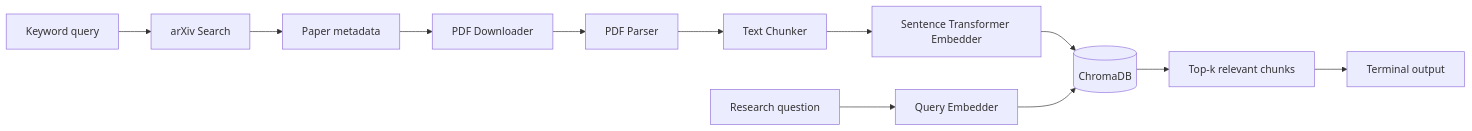
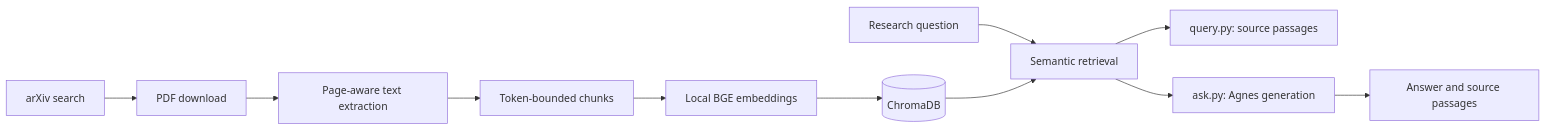
One commit to hnt119/lit-rev-engine changed the diagram in README.md. Above: the diagram before and after it, drawn with Mermaid. The commit also changed other lines of this file and 39 other files, not shown here.

````diff
--- a/README.md
+++ b/README.md
@@ -21,15 +9,13 @@
 ```mermaid
 flowchart LR
-    U1[Keyword query] --> A[arXiv Search]
-    A --> M[Paper metadata]
-    M --> D[PDF Downloader]
-    D --> P[PDF Parser]
-    P --> C[Text Chunker]
-    C --> E[Sentence Transformer Embedder]
-    E --> V[(ChromaDB)]
-
-    U2[Research question] --> QE[Query Embedder]
-    QE --> V
-    V --> R[Top-k relevant chunks]
-    R --> O[Terminal output]
+    Search[arXiv search] --> Download[PDF download]
+    Download --> Parse[Page-aware text extraction]
+    Parse --> Chunk[Token-bounded chunks]
+    Chunk --> Embed[Local BGE embeddings]
+    Embed --> Store[(ChromaDB)]
+    Question[Research question] --> Retrieve[Semantic retrieval]
+    Store --> Retrieve
+    Retrieve --> Passages[query.py: source passages]
+    Retrieve --> Agnes[ask.py: Agnes generation]
+    Agnes --> Answer[Answer and source passages]
 ```
````
